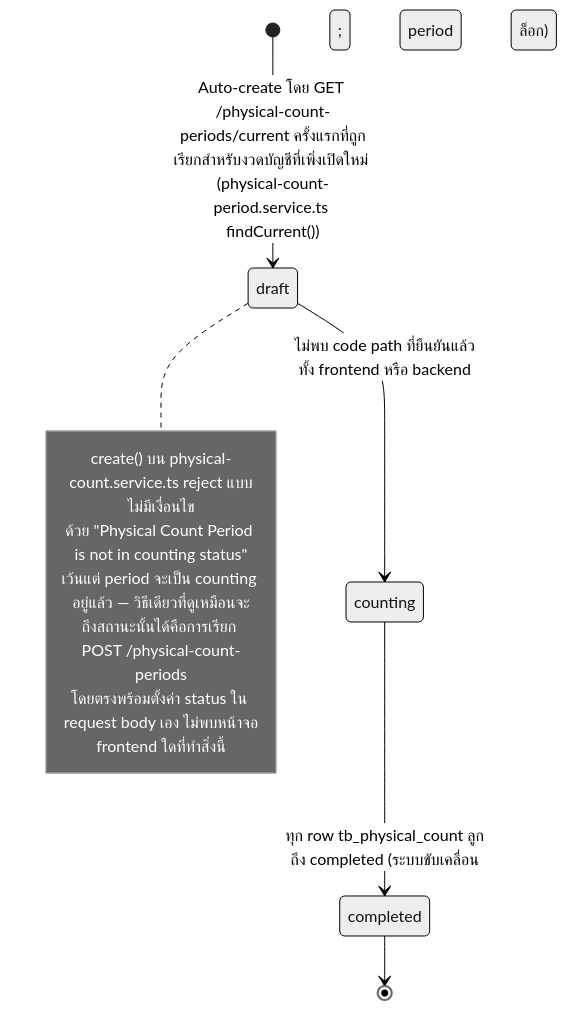
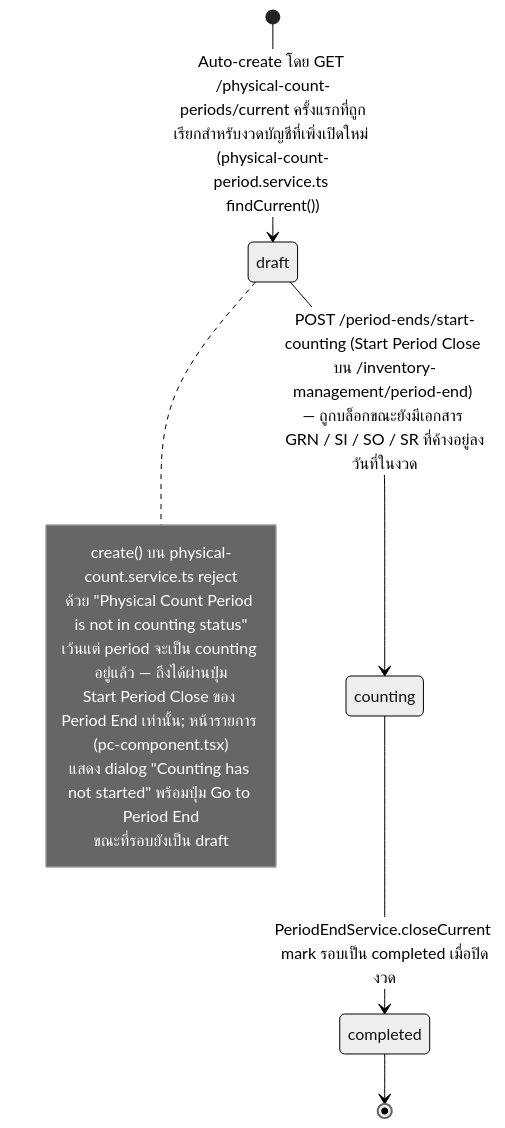
One commit to CarmenSoftware-organization/carmen-wiki changed the first of 2 diagrams in th/inventory/physical-count/03-user-flow.md. Above: the diagram before and after it, drawn with Mermaid (neutral theme). The commit also changed other lines of this file and 43 other files, not shown here.

Commit message:
docs(th): mirror GRN, Costing, Physical Count, Spot Check to the 2026-09-22 EN re-sync; fix the spot-check catalog count (44) in EN+TH

````diff
--- a/th/inventory/physical-count/03-user-flow.md
+++ b/th/inventory/physical-count/03-user-flow.md
@@ -28,16 +28,16 @@
 ```mermaid
 stateDiagram-v2
     [*] --> draft : Auto-create โดย GET /physical-count-periods/current ครั้งแรกที่ถูกเรียกสำหรับงวดบัญชีที่เพิ่งเปิดใหม่ (physical-count-period.service.ts findCurrent())
-    draft --> counting : ไม่พบ code path ที่ยืนยันแล้วทั้ง frontend หรือ backend
-    counting --> completed : ทุก row tb_physical_count ลูกถึง completed (ระบบขับเคลื่อน; period ล็อก)
+    draft --> counting : POST /period-ends/start-counting (Start Period Close บน /inventory-management/period-end) — ถูกบล็อกขณะยังมีเอกสาร GRN / SI / SO / SR ที่ค้างอยู่ลงวันที่ในงวด
+    counting --> completed : PeriodEndService.closeCurrent mark รอบเป็น completed เมื่อปิดงวด
     completed --> [*]
 
     note right of draft
-        create() บน physical-count.service.ts reject แบบไม่มีเงื่อนไข
+        create() บน physical-count.service.ts reject
         ด้วย "Physical Count Period is not in counting status"
-        เว้นแต่ period จะเป็น counting อยู่แล้ว — วิธีเดียวที่ดูเหมือนจะ
-        ถึงสถานะนั้นได้คือการเรียก POST /physical-count-periods
-        โดยตรงพร้อมตั้งค่า status ใน request body เอง ไม่พบหน้าจอ
-        frontend ใดที่ทำสิ่งนี้
+        เว้นแต่ period จะเป็น counting อยู่แล้ว — ถึงได้ผ่านปุ่ม
+        Start Period Close ของ Period End เท่านั้น; หน้ารายการ (pc-component.tsx)
+        แสดง dialog "Counting has not started" พร้อมปุ่ม Go to Period End
+        ขณะที่รอบยังเป็น draft
     end note
 ```
````
